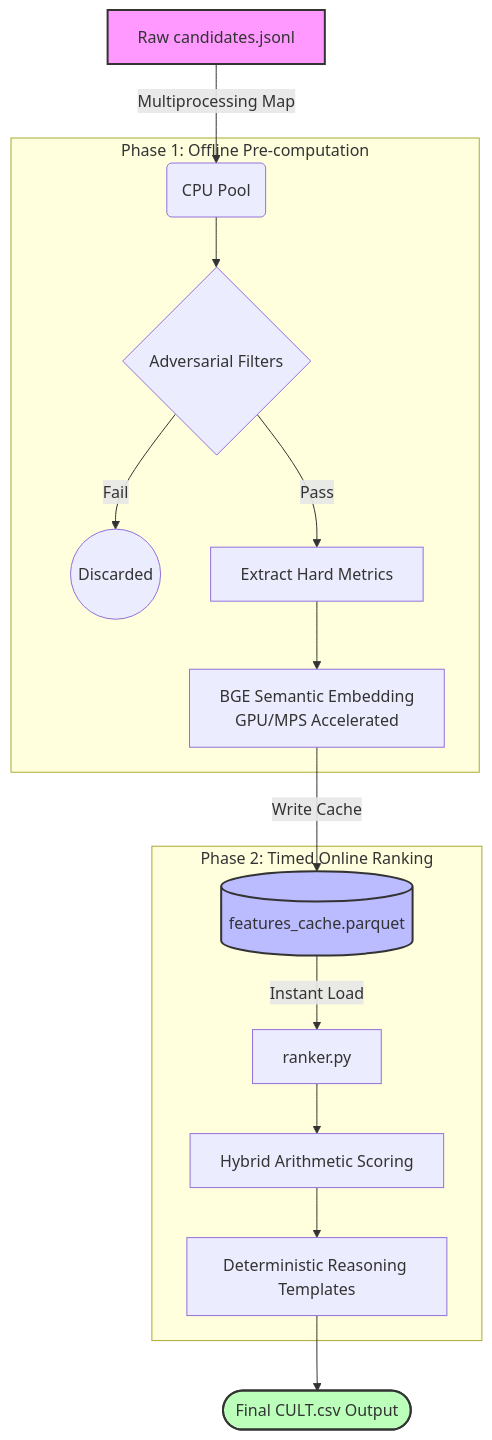
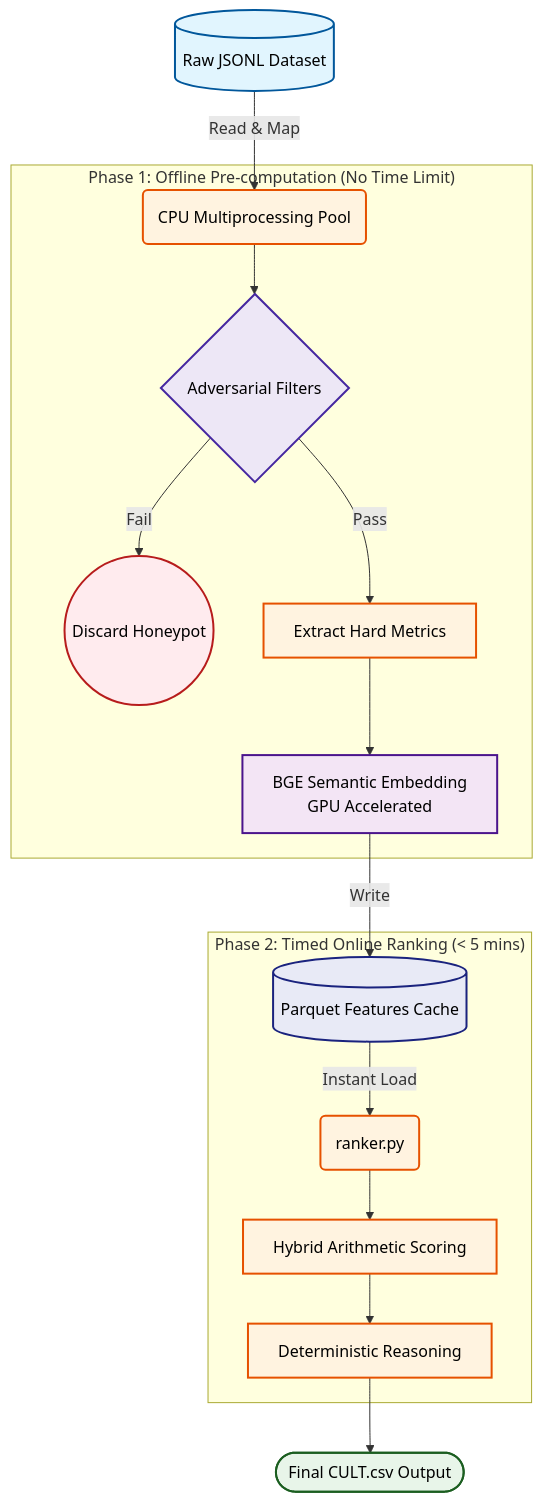
Before and after one commit to wolfieexd/india-runs: the diagram in README.md, drawn with Mermaid.

Commit message:
docs: Refine Mermaid architecture diagram styling and layout

````diff
--- a/README.md
+++ b/README.md
@@ -16,25 +16,29 @@
 ```mermaid
 graph TD
-    A[Raw candidates.jsonl] -->|Multiprocessing Map| B(CPU Pool)
+    classDef input fill:#e1f5fe,stroke:#01579b,stroke-width:2px,color:#000
+    classDef process fill:#fff3e0,stroke:#e65100,stroke-width:2px,color:#000
+    classDef gpu fill:#f3e5f5,stroke:#4a148c,stroke-width:2px,color:#000
+    classDef decision fill:#ede7f6,stroke:#4527a0,stroke-width:2px,color:#000
+    classDef discard fill:#ffebee,stroke:#b71c1c,stroke-width:2px,color:#000
+    classDef success fill:#e8f5e9,stroke:#1b5e20,stroke-width:2px,color:#000
+    classDef cache fill:#e8eaf6,stroke:#1a237e,stroke-width:2px,color:#000
+
+    A[(Raw JSONL Dataset)]:::input -->|Read & Map| B(CPU Multiprocessing Pool):::process
     
-    subgraph Phase 1: Offline Pre-computation
-        B --> C{Adversarial Filters}
-        C -->|Fail| X((Discarded))
-        C -->|Pass| D[Extract Hard Metrics]
-        D --> E[BGE Semantic Embedding<br>GPU/MPS Accelerated]
+    subgraph "Phase 1: Offline Pre-computation (No Time Limit)"
+        B --> C{Adversarial Filters}:::decision
+        C -->|Fail| X((Discard Honeypot)):::discard
+        C -->|Pass| D[Extract Hard Metrics]:::process
+        D --> E[BGE Semantic Embedding<br>GPU Accelerated]:::gpu
     end
     
-    E -->|Write Cache| F[(features_cache.parquet)]
+    E -->|Write| F[(Parquet Features Cache)]:::cache
     
-    subgraph Phase 2: Timed Online Ranking
-        F -->|Instant Load| G[ranker.py]
-        G --> H[Hybrid Arithmetic Scoring]
-        H --> I[Deterministic Reasoning Templates]
+    subgraph "Phase 2: Timed Online Ranking (< 5 mins)"
+        F -->|Instant Load| G(ranker.py):::process
+        G --> H[Hybrid Arithmetic Scoring]:::process
+        H --> I[Deterministic Reasoning]:::process
     end
     
-    I --> J([Final CULT.csv Output])
-    
-    style A fill:#f9f,stroke:#333,stroke-width:2px
-    style F fill:#bbf,stroke:#333,stroke-width:2px
-    style J fill:#bfb,stroke:#333,stroke-width:2px
+    I --> J([Final CULT.csv Output]):::success
 ```
````
